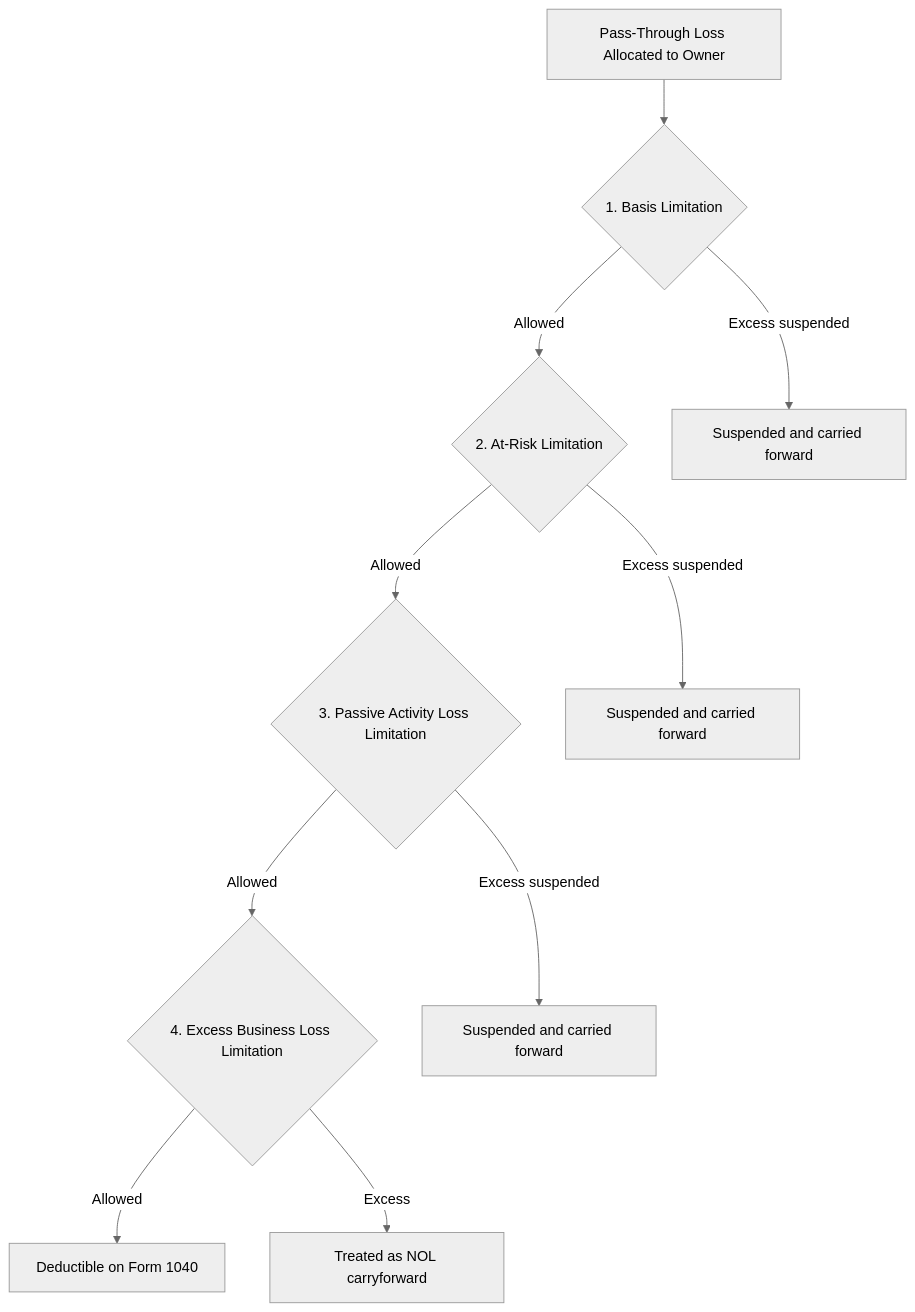
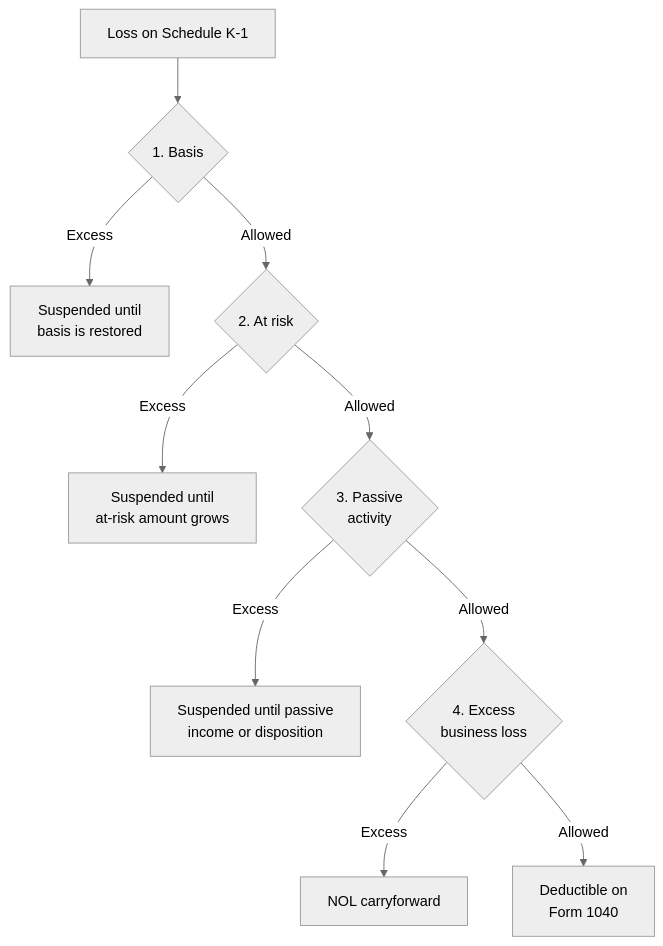
The diagram in docs/reg/taxation-of-individuals/loss-limitations.md (subwaymatch/cpabear-book), drawn with Mermaid (neutral theme) before and after one commit. The commit also changed other lines of this file and 204 other files, not shown here.

First line of the commit message:
Update the book for the 2027 CPA Exam Blueprints, fix dark-mode diagrams, add diagram zoom (#49)

````diff
--- a/docs/reg/taxation-of-individuals/loss-limitations.md
+++ b/docs/reg/taxation-of-individuals/loss-limitations.md
@@ -48,12 +33,12 @@
 ```mermaid
 flowchart TD
-    A[Pass-Through Loss Allocated to Owner] --> B{1. Basis Limitation}
-    B -->|Allowed| C{2. At-Risk Limitation}
-    B -->|Excess suspended| B2[Suspended and carried forward]
-    C -->|Allowed| D{3. Passive Activity Loss Limitation}
-    C -->|Excess suspended| C2[Suspended and carried forward]
-    D -->|Allowed| E{4. Excess Business Loss Limitation}
-    D -->|Excess suspended| D2[Suspended and carried forward]
-    E -->|Allowed| F[Deductible on Form 1040]
-    E -->|Excess| E2[Treated as NOL carryforward]
+    A["Loss on Schedule K-1"] --> B{"1. Basis"}
+    B -->|Excess| B2["Suspended until<br/>basis is restored"]
+    B -->|Allowed| C{"2. At risk"}
+    C -->|Excess| C2["Suspended until<br/>at-risk amount grows"]
+    C -->|Allowed| D{"3. Passive<br/>activity"}
+    D -->|Excess| D2["Suspended until passive<br/>income or disposition"]
+    D -->|Allowed| E{"4. Excess<br/>business loss"}
+    E -->|Excess| E2["NOL carryforward"]
+    E -->|Allowed| F["Deductible on<br/>Form 1040"]
 ```
````
